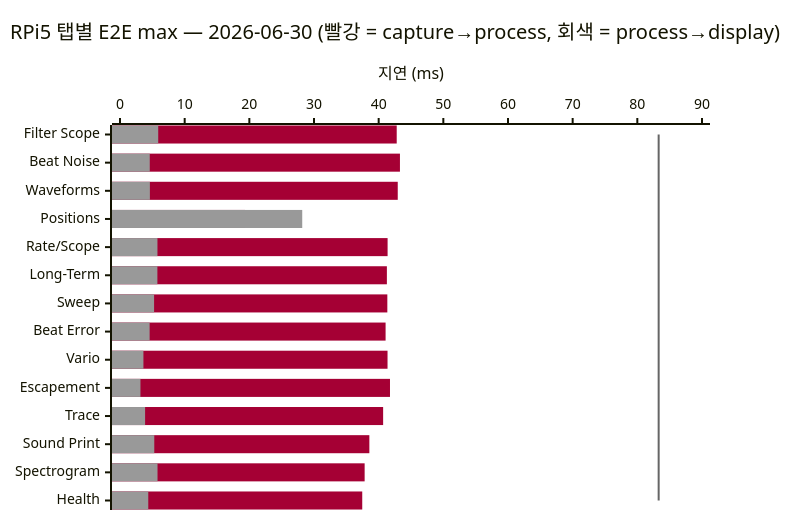
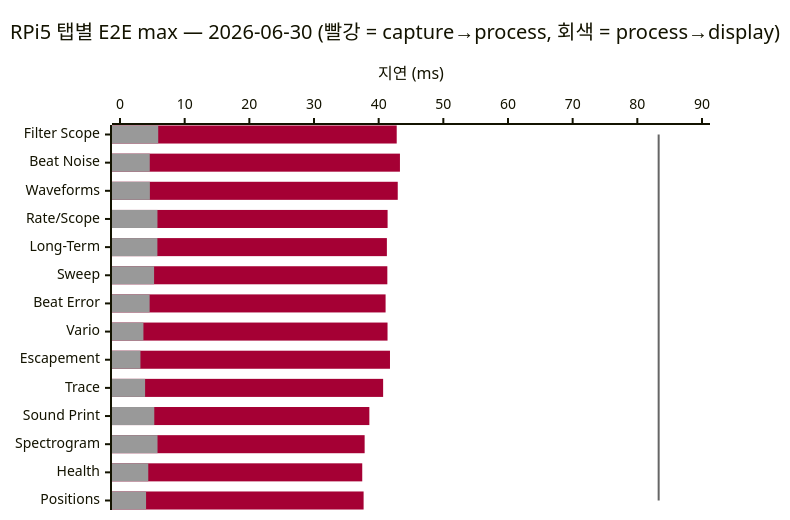
The fourth of 6 diagrams in Milestone/ko/4-Planned-Experiments.md (lgcmu2026-team5/TimeGrapher-Docs), drawn with Mermaid before and after one commit. The commit also changed other lines of this file and 1 other file, not shown here.

Commit message:
docs: use requested EXP-03 split values

````diff
--- a/Milestone/ko/4-Planned-Experiments.md
+++ b/Milestone/ko/4-Planned-Experiments.md
@@ -192,10 +192,10 @@
 ```mermaid
 %%{init: {"themeVariables": {"xyChart": {"plotColorPalette": "#A50034, #999999, #666666"}}}}%%
 xychart-beta horizontal
     title "RPi5 탭별 E2E max — 2026-06-30 (빨강 = capture→process, 회색 = process→display)"
-    x-axis ["Filter Scope", "Beat Noise", "Waveforms", "Positions", "Rate/Scope", "Long-Term", "Sweep", "Beat Error", "Vario", "Escapement", "Trace", "Sound Print", "Spectrogram", "Health"]
+    x-axis ["Filter Scope", "Beat Noise", "Waveforms", "Rate/Scope", "Long-Term", "Sweep", "Beat Error", "Vario", "Escapement", "Trace", "Sound Print", "Spectrogram", "Health", "Positions"]
     y-axis "지연 (ms)" 0 --> 90
-    bar [42.79, 43.29, 42.95, 19.33, 41.38, 41.27, 41.34, 41.07, 41.37, 41.75, 40.69, 38.56, 37.83, 37.46]
-    bar [5.91, 4.60, 4.62, 28.18, 5.79, 5.78, 5.27, 4.58, 3.62, 3.16, 3.88, 5.30, 5.80, 4.37]
+    bar [42.79, 43.29, 42.95, 41.38, 41.27, 41.34, 41.07, 41.37, 41.75, 40.69, 38.56, 37.83, 37.46, 37.67]
+    bar [5.91, 4.60, 4.62, 5.79, 5.78, 5.27, 4.58, 3.62, 3.16, 3.88, 5.30, 5.80, 4.37, 4.03]
     line [83.3, 83.3, 83.3, 83.3, 83.3, 83.3, 83.3, 83.3, 83.3, 83.3, 83.3, 83.3, 83.3, 83.3]
 ```
````
